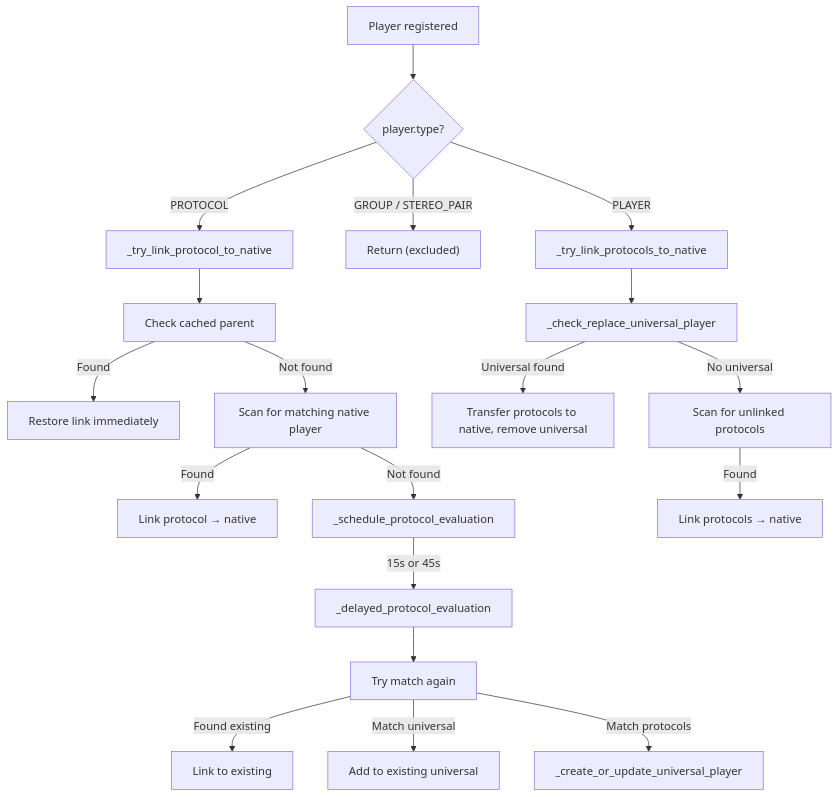
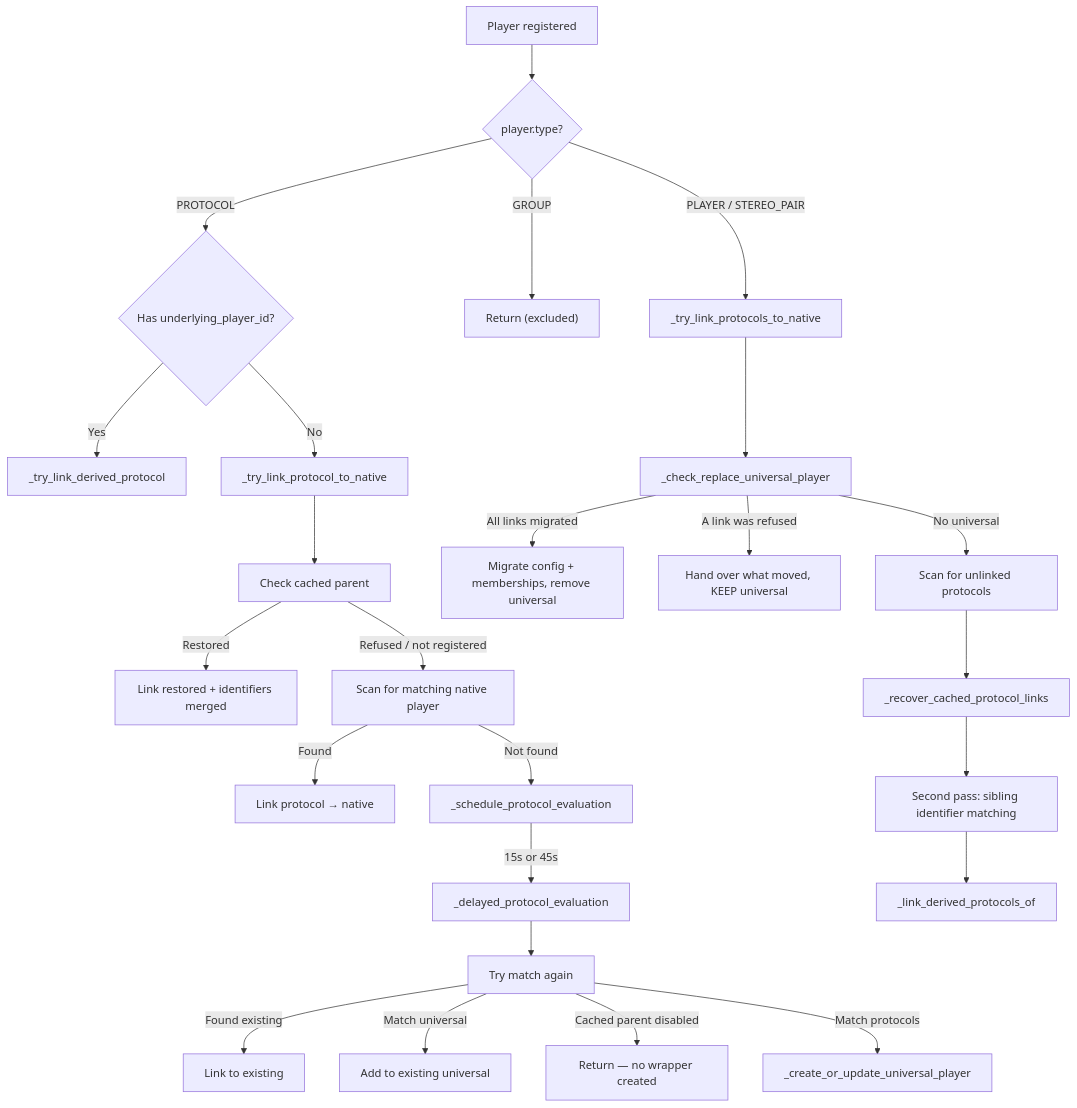
The diagram in docs/architecture/05-protocol-linking.md (theturtle32/music-assistant-server), drawn with Mermaid before and after one commit. The commit also changed other lines of this file, not shown here.

First line of the commit message:
docs(architecture): derived transports, universal player retention, protocol release

````diff
--- a/docs/architecture/05-protocol-linking.md
+++ b/docs/architecture/05-protocol-linking.md
@@ -61,23 +63,30 @@
 ```mermaid
 flowchart TD
     REG["Player registered"] --> TYPE{"player.type?"}
-    TYPE -->|PROTOCOL| FLOW_A["_try_link_protocol_to_native"]
-    TYPE -->|GROUP / STEREO_PAIR| SKIP["Return (excluded)"]
-    TYPE -->|PLAYER| FLOW_C["_try_link_protocols_to_native"]
+    TYPE -->|PROTOCOL| DERIV{"Has underlying_player_id?"}
+    TYPE -->|GROUP| SKIP["Return (excluded)"]
+    TYPE -->|"PLAYER / STEREO_PAIR"| FLOW_C["_try_link_protocols_to_native"]
+
+    DERIV -->|Yes| FLOW_D["_try_link_derived_protocol"]
+    DERIV -->|No| FLOW_A["_try_link_protocol_to_native"]
 
     FLOW_A --> CACHE_A["Check cached parent"]
-    CACHE_A -->|Found| RESTORE["Restore link immediately"]
-    CACHE_A -->|Not found| SCAN_A["Scan for matching native player"]
+    CACHE_A -->|Restored| RESTORE["Link restored + identifiers merged"]
+    CACHE_A -->|"Refused / not registered"| SCAN_A["Scan for matching native player"]
     SCAN_A -->|Found| LINK_A["Link protocol → native"]
     SCAN_A -->|Not found| DELAY["_schedule_protocol_evaluation"]
     DELAY -->|15s or 45s| EVAL["_delayed_protocol_evaluation"]
     EVAL --> SCAN_B["Try match again"]
     SCAN_B -->|Found existing| LINK_B["Link to existing"]
     SCAN_B -->|Match universal| MERGE["Add to existing universal"]
+    SCAN_B -->|Cached parent disabled| STOP["Return — no wrapper created"]
     SCAN_B -->|Match protocols| CREATE["_create_or_update_universal_player"]
 
     FLOW_C --> CHECK_UP["_check_replace_universal_player"]
-    CHECK_UP -->|Universal found| TRANSFER["Transfer protocols to native, remove universal"]
+    CHECK_UP -->|"All links migrated"| TRANSFER["Migrate config + memberships, remove universal"]
+    CHECK_UP -->|"A link was refused"| KEEP["Hand over what moved, KEEP universal"]
     CHECK_UP -->|No universal| SCAN_C["Scan for unlinked protocols"]
-    SCAN_C -->|Found| LINK_C["Link protocols → native"]
+    SCAN_C --> RECOVER["_recover_cached_protocol_links"]
+    RECOVER --> SIBLING["Second pass: sibling identifier matching"]
+    SIBLING --> DERIVED["_link_derived_protocols_of"]
 ```
````
